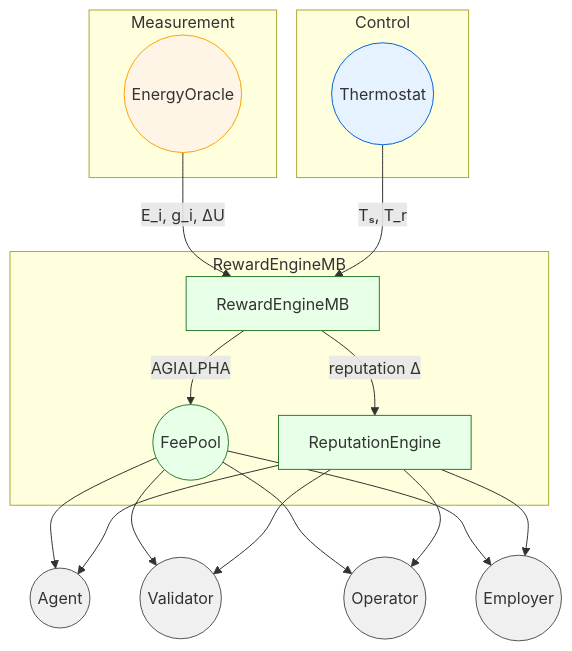
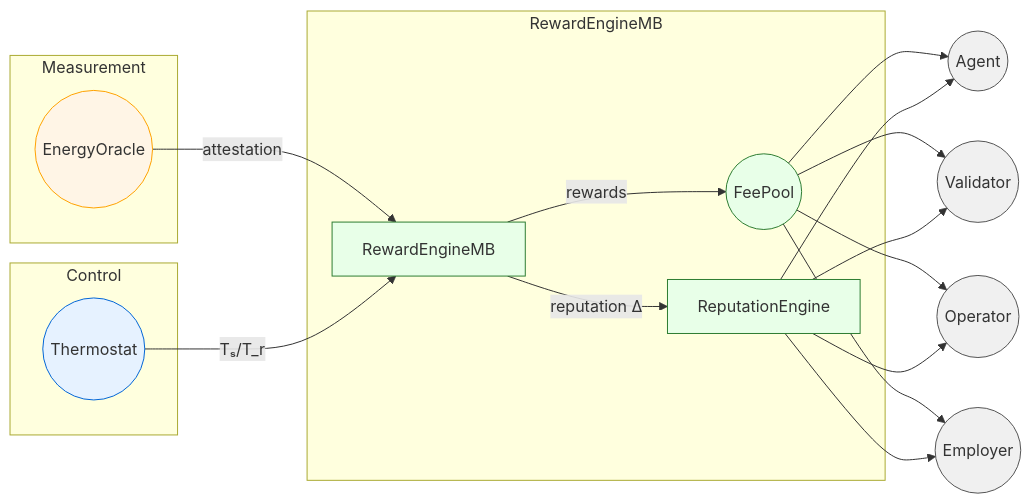
Before and after one commit to MontrealAI/AGIJobsv0: the first of 2 diagrams in docs/universal-platform-incentive-architecture.md, drawn with Mermaid. The commit also changed 1 other file, not shown here.

Commit message:
docs: refine thermodynamic incentive diagrams

````diff
--- a/docs/universal-platform-incentive-architecture.md
+++ b/docs/universal-platform-incentive-architecture.md
@@ -32,37 +32,37 @@
 ```mermaid
-graph TD
+flowchart LR
     subgraph Measurement
-        Oracle((EnergyOracle))
+        EO((EnergyOracle))
     end
     subgraph Control
-        Thermostat((Thermostat))
+        TH((Thermostat))
     end
     subgraph Settlement[RewardEngineMB]
-        Engine[RewardEngineMB]
-        FeePool((FeePool))
-        Reputation[ReputationEngine]
+        RE[RewardEngineMB]
+        FP((FeePool))
+        REP[ReputationEngine]
     end
 
-    Oracle -- "E_i, g_i, ΔU" --> Engine
-    Thermostat -- "Tₛ, T_r" --> Engine
-    Engine -- "AGIALPHA" --> FeePool
-    Engine -- "reputation Δ" --> Reputation
-    FeePool --> Agent((Agent))
-    FeePool --> Validator((Validator))
-    FeePool --> Operator((Operator))
-    FeePool --> Employer((Employer))
-    Reputation --> Agent
-    Reputation --> Validator
-    Reputation --> Operator
-    Reputation --> Employer
+    EO -- attestation --> RE
+    TH -- "Tₛ/T_r" --> RE
+    RE -- rewards --> FP
+    RE -- "reputation Δ" --> REP
+    FP --> Agent((Agent))
+    FP --> Validator((Validator))
+    FP --> Operator((Operator))
+    FP --> Employer((Employer))
+    REP --> Agent
+    REP --> Validator
+    REP --> Operator
+    REP --> Employer
 
-    classDef oracle fill:#fff5e6,stroke:#ffa200,stroke-width:1px;
-    classDef control fill:#e6f2ff,stroke:#0366d6,stroke-width:1px;
-    classDef engine fill:#e8ffe8,stroke:#2e7d32,stroke-width:1px;
+    classDef meas fill:#fff5e6,stroke:#ffa200,stroke-width:1px;
+    classDef ctrl fill:#e6f2ff,stroke:#0366d6,stroke-width:1px;
+    classDef settle fill:#e8ffe8,stroke:#2e7d32,stroke-width:1px;
     classDef role fill:#f0f0f0,stroke:#555,stroke-width:1px;
 
-    class Oracle oracle;
-    class Thermostat control;
-    class Engine,FeePool,Reputation engine;
+    class EO meas;
+    class TH ctrl;
+    class RE,FP,REP settle;
     class Agent,Validator,Operator,Employer role;
 ```
````
